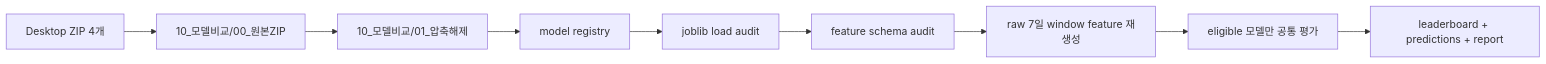
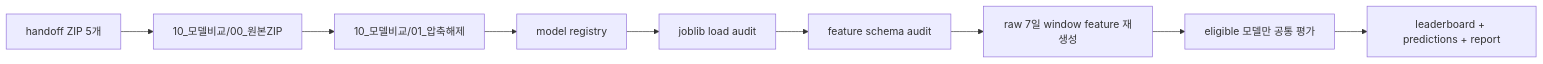
Before and after one commit to jiyang-lee/3rd_project_for_ML: the diagram in 10_모델비교/05_보고서/01_model_handoff_common_leaderboard_보고서.md, drawn with Mermaid. The commit also changed other lines of this file and 26 other files, not shown here.

````diff
--- a/10_모델비교/05_보고서/01_model_handoff_common_leaderboard_보고서.md
+++ b/10_모델비교/05_보고서/01_model_handoff_common_leaderboard_보고서.md
@@ -24,11 +24,11 @@
 ```mermaid
 flowchart LR
-  A["Desktop ZIP 4개"] --> B["10_모델비교/00_원본ZIP"]
+  A["handoff ZIP 5개"] --> B["10_모델비교/00_원본ZIP"]
   B --> C["10_모델비교/01_압축해제"]
   C --> D["model registry"]
   D --> E["joblib load audit"]
   E --> F["feature schema audit"]
   F --> G["raw 7일 window feature 재생성"]
   G --> I["eligible 모델만 공통 평가"]
   I --> H["leaderboard + predictions + report"]
 ```
````
